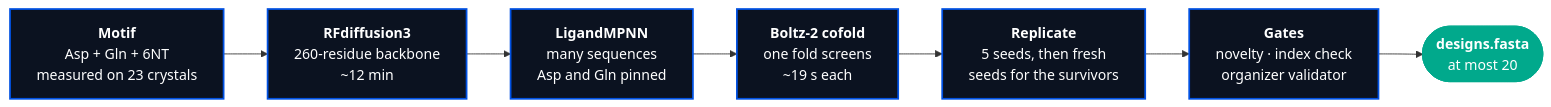
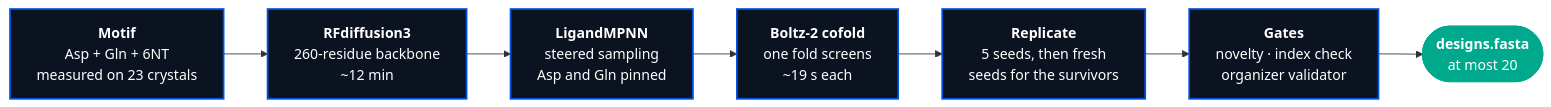
Before and after one commit to chr13b/denovo-kemp: the diagram in README.md, drawn with Mermaid. The commit also changed other lines of this file and 16 other files, not shown here.

````diff
--- a/README.md
+++ b/README.md
@@ -50,13 +77,13 @@
 ```mermaid
 flowchart LR
     A["<b>Motif</b><br/>Asp + Gln + 6NT<br/>measured on 23 crystals"] --> B["<b>RFdiffusion3</b><br/>260-residue backbone<br/>~12 min"]
-    B --> C["<b>LigandMPNN</b><br/>many sequences<br/>Asp and Gln pinned"]
+    B --> C["<b>LigandMPNN</b><br/>steered sampling<br/>Asp and Gln pinned"]
     C --> D["<b>Boltz-2 cofold</b><br/>one fold screens<br/>~19 s each"]
     D --> E["<b>Replicate</b><br/>5 seeds, then fresh<br/>seeds for the survivors"]
     E --> F["<b>Gates</b><br/>novelty · index check<br/>organizer validator"]
     F --> G(["<b>designs.fasta</b><br/>at most 20"])
     classDef step fill:#0B1220,stroke:#0151E2,color:#fff,stroke-width:2px;
     classDef out fill:#01A98C,stroke:#01A98C,color:#fff;
     class A,B,C,D,E,F step;
     class G out;
 ```
````
